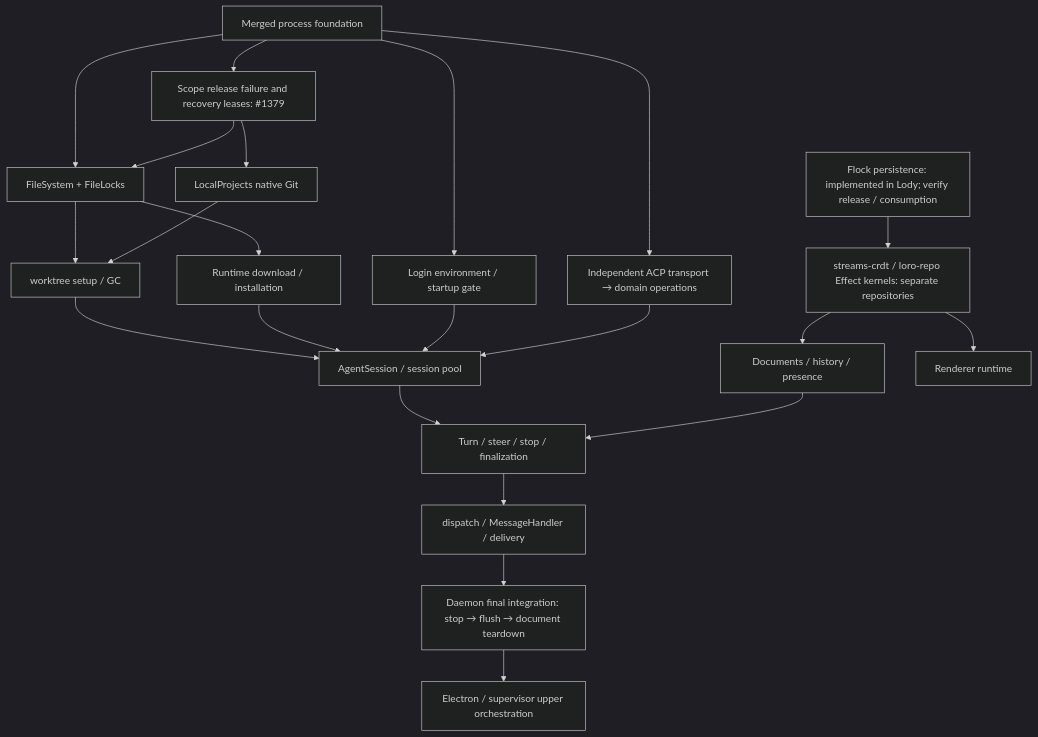
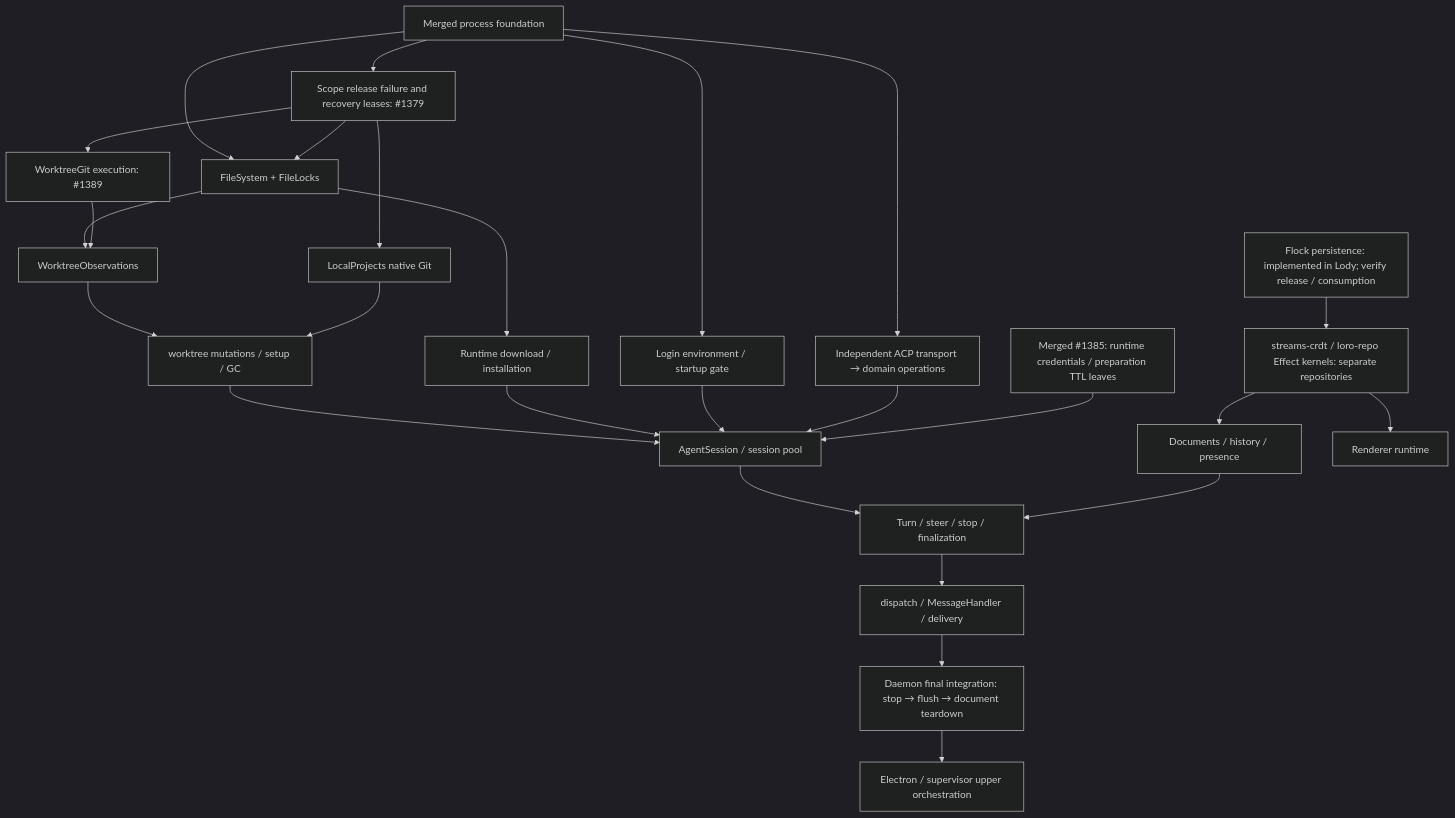
One commit to LodyAI/Lody changed the diagram in .agents/notes/proposed/architecture/2026-09-27-effect-lifecycle-migration-roadmap.md. Above: the diagram before and after it, drawn with Mermaid (dark theme). The commit also changed other lines of this file and 12 other files, not shown here.

First line of the commit message:
feat: migrate worktree observations to native Effect

````diff
--- a/.agents/notes/proposed/architecture/2026-09-27-effect-lifecycle-migration-roadmap.md
+++ b/.agents/notes/proposed/architecture/2026-09-27-effect-lifecycle-migration-roadmap.md
@@ -384,24 +385,28 @@
 ```mermaid
 flowchart TD
   P["Merged process foundation"] --> F["FileSystem + FileLocks"]
   P --> C["Scope release failure and recovery leases: #1379"]
   C --> F
   C --> G["LocalProjects native Git"]
-  F --> J["worktree setup / GC"]
+  C --> Q["WorktreeGit execution: #1389"]
+  F --> O["WorktreeObservations"]
+  Q --> O
+  O --> J["worktree mutations / setup / GC"]
   G --> J
   F --> R["Runtime download / installation"]
   P --> E["Login environment / startup gate"]
   P --> A["Independent ACP transport → domain operations"]
   J --> S["AgentSession / session pool"]
   R --> S
   E --> S
   A --> S
+  N["Merged #1385: runtime credentials / preparation TTL leaves"] --> S
   K["Flock persistence: implemented in Lody; verify release / consumption"] --> L["streams-crdt / loro-repo Effect kernels: separate repositories"]
   L --> D["Documents / history / presence"]
   S --> T["Turn / steer / stop / finalization"]
   D --> T
   T --> H["dispatch / MessageHandler / delivery"]
   H --> M["Daemon final integration: stop → flush → document teardown"]
   L --> W["Renderer runtime"]
   M --> X["Electron / supervisor upper orchestration"]
 ```
````
